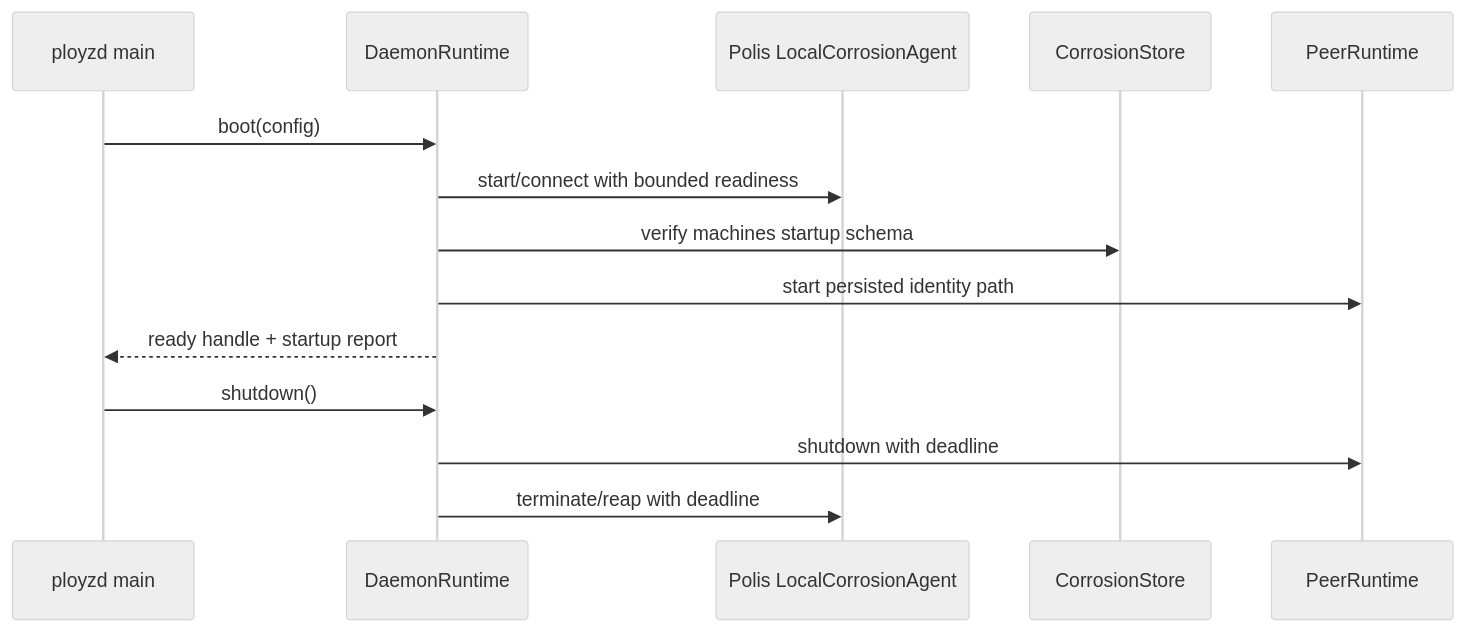
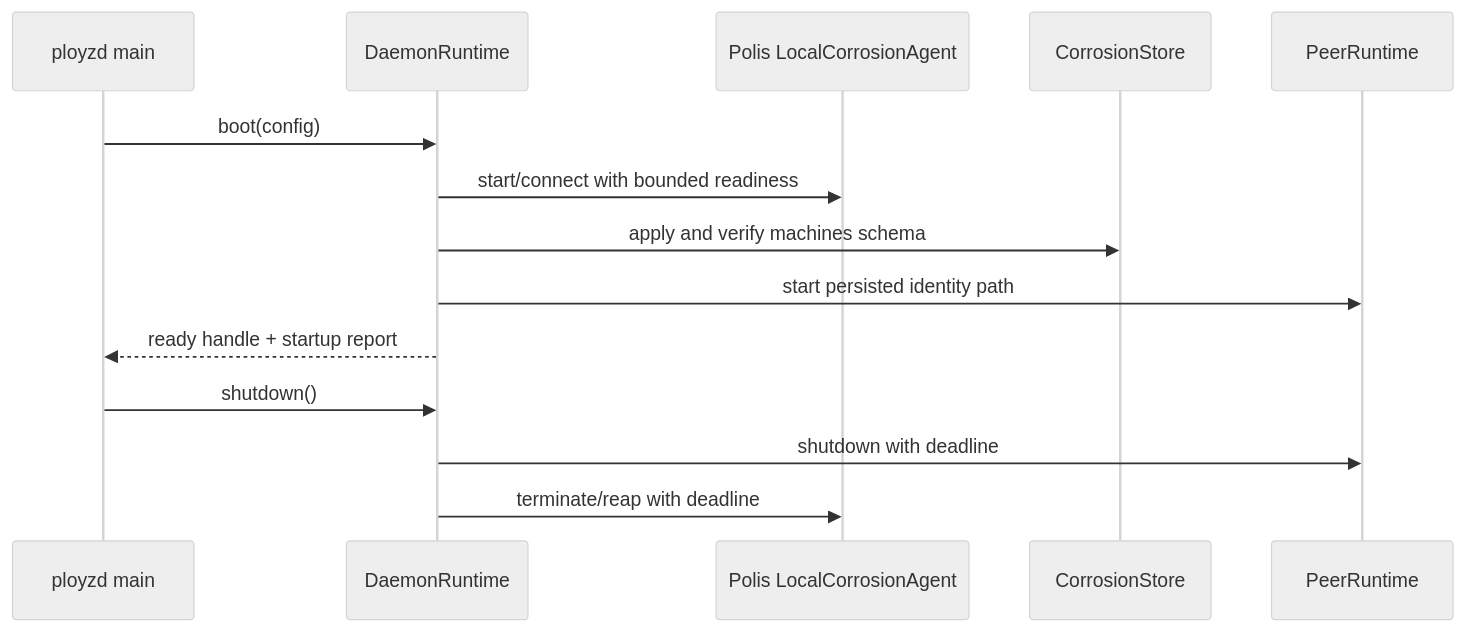
One commit to getployz/ployz changed the diagram in docs/plans/2026-05-25-002-feat-daemon-substrate-boot-plan.md. Above: the diagram before and after it, drawn with Mermaid (neutral theme). The commit also changed other lines of this file and 71 other files, not shown here.

````diff
--- a/docs/plans/2026-05-25-002-feat-daemon-substrate-boot-plan.md
+++ b/docs/plans/2026-05-25-002-feat-daemon-substrate-boot-plan.md
@@ -206,17 +204,17 @@
 ```mermaid
 sequenceDiagram
     participant Main as ployzd main
     participant Daemon as DaemonRuntime
     participant Corrosion as Polis LocalCorrosionAgent
     participant Store as CorrosionStore
     participant Peer as PeerRuntime
 
     Main->>Daemon: boot(config)
     Daemon->>Corrosion: start/connect with bounded readiness
-    Daemon->>Store: verify machines startup schema
+    Daemon->>Store: apply and verify machines schema
     Daemon->>Peer: start persisted identity path
     Daemon-->>Main: ready handle + startup report
     Main->>Daemon: shutdown()
     Daemon->>Peer: shutdown with deadline
     Daemon->>Corrosion: terminate/reap with deadline
 ```
````
